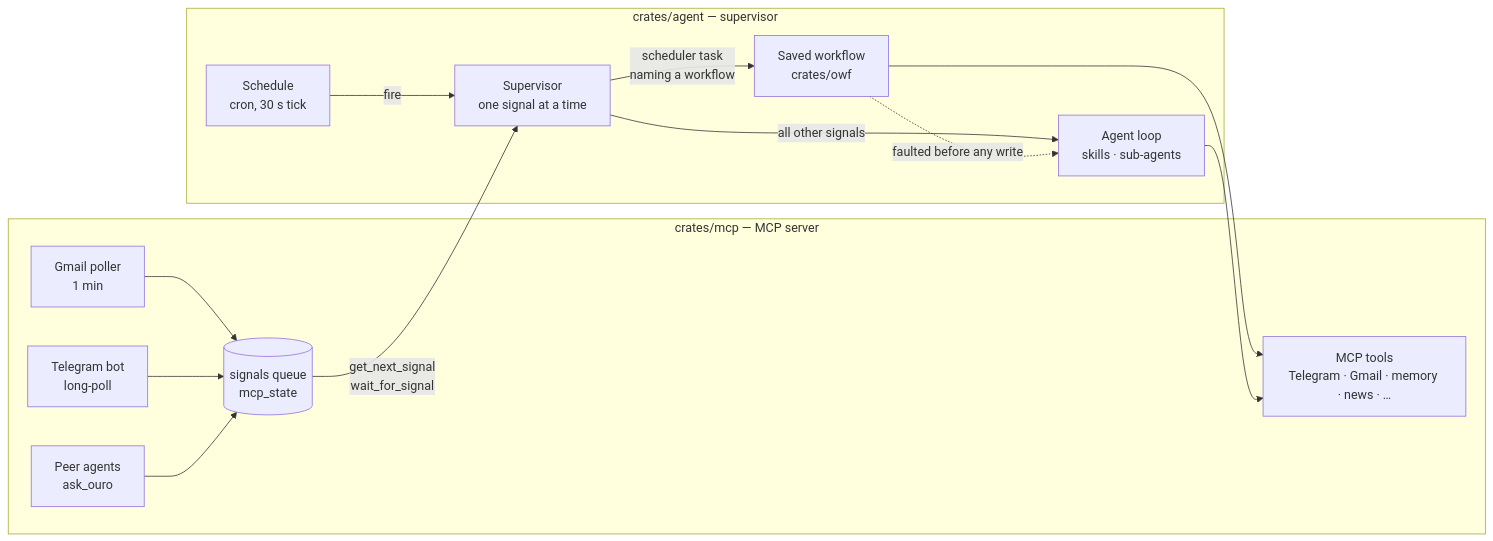
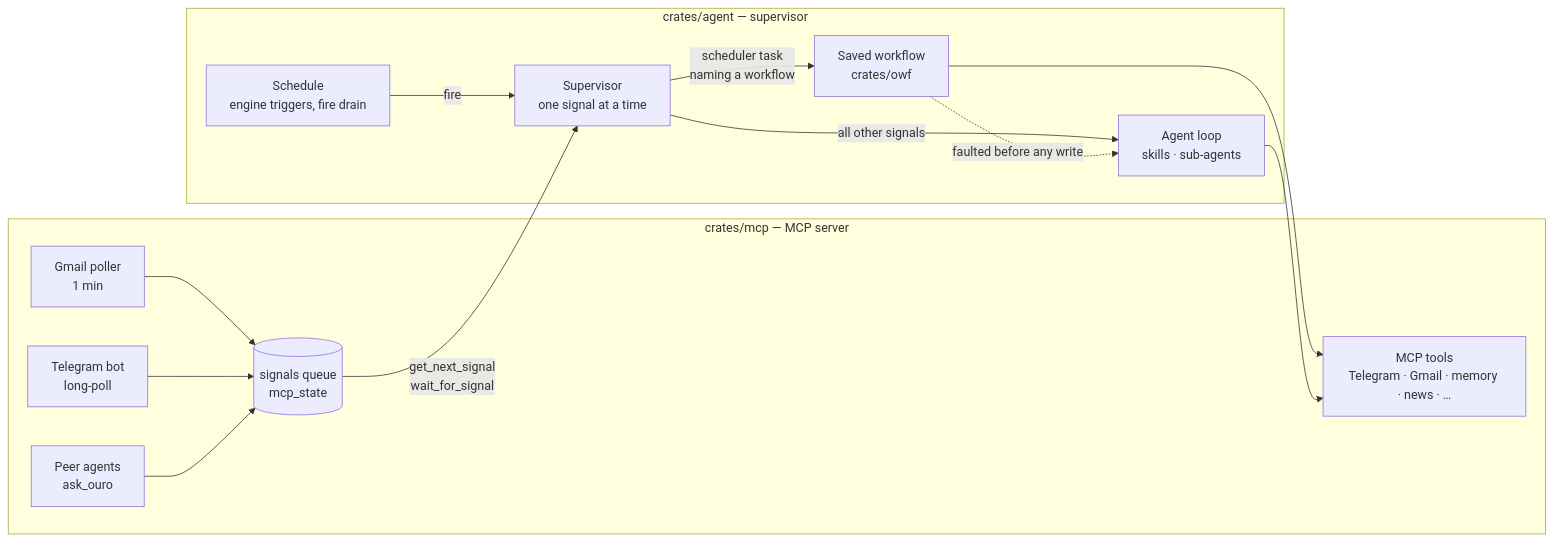
One commit to Ch4mpl00/ouro-agent changed the first of 2 diagrams in docs/architecture.md. Above: the diagram before and after it, drawn with Mermaid. The commit also changed other lines of this file and 5 other files, not shown here.

First line of the commit message:
docs: scheduled tasks on engine triggers; design 06 cap 100; LOG step 5 (executor)

````diff
--- a/docs/architecture.md
+++ b/docs/architecture.md
@@ -16,21 +16,21 @@
 ```mermaid
 flowchart LR
     subgraph mcp ["crates/mcp — MCP server"]
         G[Gmail poller<br/>1 min] --> Q
         T[Telegram bot<br/>long-poll] --> Q
         P[Peer agents<br/>ask_ouro] --> Q
         Q[(signals queue<br/>mcp_state)]
         TOOLS[MCP tools<br/>Telegram · Gmail · memory · news · …]
     end
 
     subgraph agent ["crates/agent — supervisor"]
-        C[Schedule<br/>cron, 30 s tick] -->|fire| S
+        C[Schedule<br/>engine triggers, fire drain] -->|fire| S
         Q -->|get_next_signal<br/>wait_for_signal| S[Supervisor<br/>one signal at a time]
         S -->|scheduler task<br/>naming a workflow| W[Saved workflow<br/>crates/owf]
         S -->|all other signals| L[Agent loop<br/>skills · sub-agents]
         W -.->|faulted before any write| L
     end
 
     W --> TOOLS
     L --> TOOLS
 ```
````
